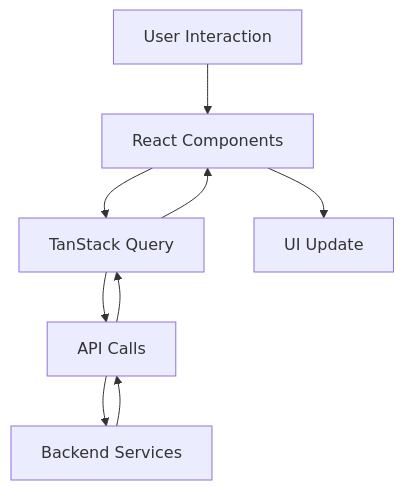
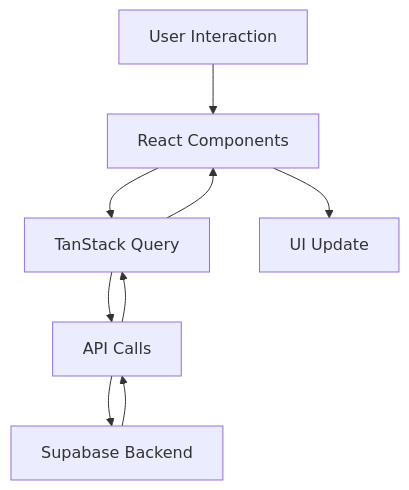
Before and after one commit to BrianKN019/eduspark-portal: the first of 4 diagrams in README.md, drawn with Mermaid. The commit also changed other lines of this file and 6 other files, not shown here.

````diff
--- a/README.md
+++ b/README.md
@@ -95,11 +111,11 @@
 ```mermaid
 graph TD
     A[User Interaction] --> B[React Components]
     B --> C[TanStack Query]
     C --> D[API Calls]
-    D --> E[Backend Services]
+    D --> E[Supabase Backend]
     E --> D
     D --> C
     C --> B
     B --> F[UI Update]
 ```
````
